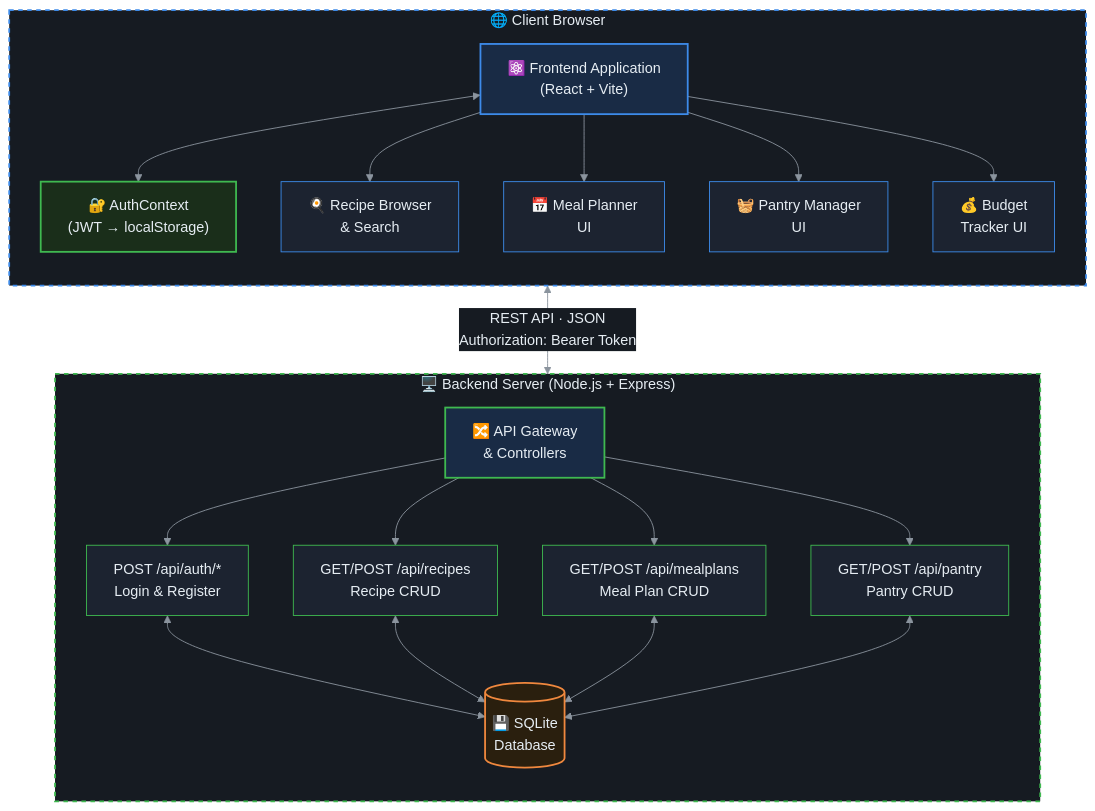
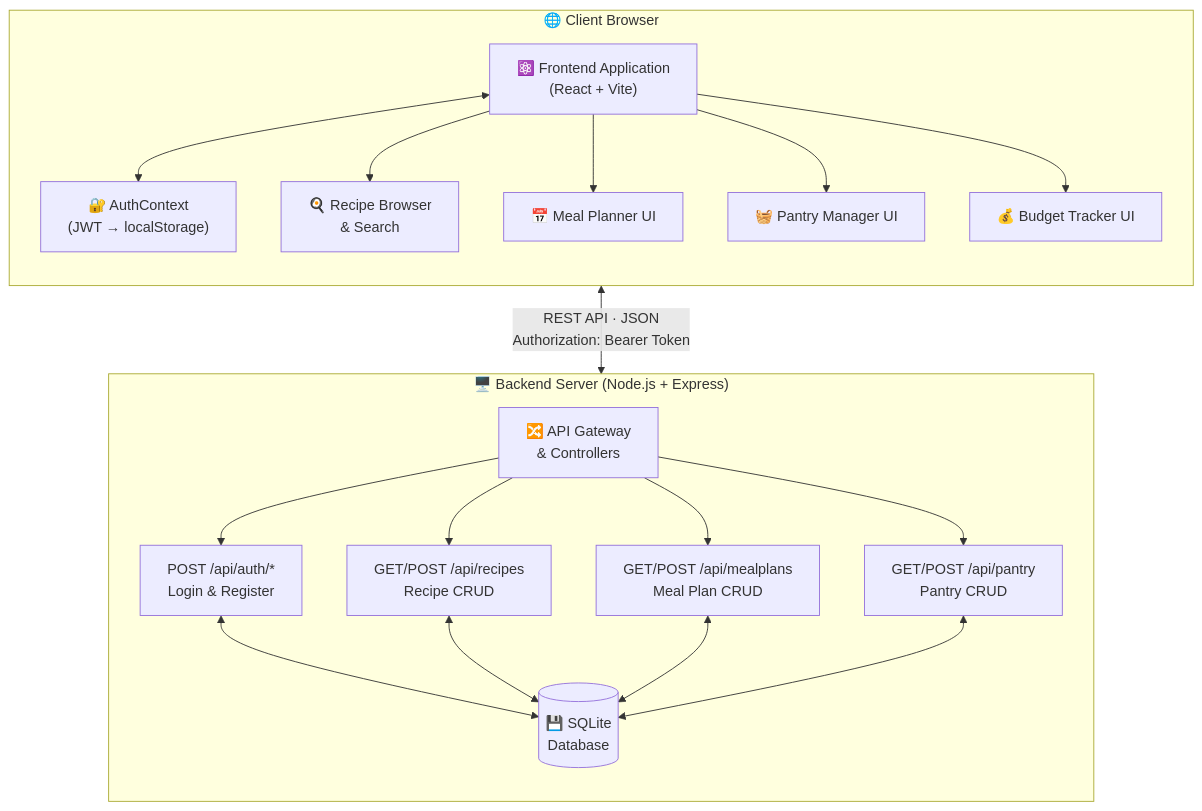
The second of 4 diagrams in docs/UML_DIAGRAMS.md (OmarIUBH/software-engineering-project), drawn with Mermaid before and after one commit. The commit also changed other lines of this file, not shown here.

Commit message:
docs: rewrite UML_DIAGRAMS.md with Mermaid diagrams and explanations

````diff
--- a/docs/UML_DIAGRAMS.md
+++ b/docs/UML_DIAGRAMS.md
@@ -480,66 +50,37 @@
-          <div class="mermaid">
-            %%{init: {
-            'theme': 'base',
-            'themeVariables': {
-            'background': '#161b22',
-            'primaryColor': '#1c2330',
-            'primaryTextColor': '#e6edf3',
-            'primaryBorderColor': '#3d8bea',
-            'lineColor': '#8b949e',
-            'secondaryColor': '#1c2330',
-            'tertiaryColor': '#192b45',
-            'edgeLabelBackground': '#161b22',
-            'fontFamily': 'Inter, sans-serif'
-            }
-            }}%%
-            graph TD
-            subgraph Browser["🌐 Client Browser"]
-            direction TB
-            FE["⚛️ Frontend Application\n(React + Vite)"]
-            Auth["🔐 AuthContext\n(JWT → localStorage)"]
-            RecipeUI["🍳 Recipe Browser\n& Search"]
-            MealPlanUI["📅 Meal Planner\nUI"]
-            PantryUI["🧺 Pantry Manager\nUI"]
-            BudgetUI["💰 Budget\nTracker UI"]
-            FE <--> Auth
-              FE --> RecipeUI
-              FE --> MealPlanUI
-              FE --> PantryUI
-              FE --> BudgetUI
-              end
+```mermaid
+graph TD
+    subgraph Browser["🌐 Client Browser"]
+        direction TB
+        FE["⚛️ Frontend Application\n(React + Vite)"]
+        Auth["🔐 AuthContext\n(JWT → localStorage)"]
+        RecipeUI["🍳 Recipe Browser\n& Search"]
+        MealPlanUI["📅 Meal Planner UI"]
+        PantryUI["🧺 Pantry Manager UI"]
+        BudgetUI["💰 Budget Tracker UI"]
+        FE <--> Auth
+        FE --> RecipeUI
+        FE --> MealPlanUI
+        FE --> PantryUI
+        FE --> BudgetUI
+    end
 
-              subgraph Server["🖥️ Backend Server (Node.js + Express)"]
-              direction TB
-              BE["🔀 API Gateway\n& Controllers"]
-              AuthAPI["POST /api/auth/*\nLogin & Register"]
-              RecipeAPI["GET/POST /api/recipes\nRecipe CRUD"]
-              MealAPI["GET/POST /api/mealplans\nMeal Plan CRUD"]
-              PantryAPI["GET/POST /api/pantry\nPantry CRUD"]
-              DB[("💾 SQLite\nDatabase")]
-              BE --> AuthAPI
-              BE --> RecipeAPI
-              BE --> MealAPI
-              BE --> PantryAPI
-              AuthAPI <--> DB
-                RecipeAPI <--> DB
-                  MealAPI <--> DB
-                    PantryAPI <--> DB
-                      end
+    subgraph Server["🖥️ Backend Server (Node.js + Express)"]
+        direction TB
+        BE["🔀 API Gateway\n& Controllers"]
+        AuthAPI["POST /api/auth/*\nLogin & Register"]
+        RecipeAPI["GET/POST /api/recipes\nRecipe CRUD"]
+        MealAPI["GET/POST /api/mealplans\nMeal Plan CRUD"]
+        PantryAPI["GET/POST /api/pantry\nPantry CRUD"]
+        DB[("💾 SQLite\nDatabase")]
+        BE --> AuthAPI
+        BE --> RecipeAPI
+        BE --> MealAPI
+        BE --> PantryAPI
+        AuthAPI <--> DB
+        RecipeAPI <--> DB
+        MealAPI <--> DB
+        PantryAPI <--> DB
+    end
 
-                      FE <-->|"REST API · JSON\nAuthorization: Bearer Token"| BE
-
-                        style Browser fill:#161b22,stroke:#3d8bea,stroke-width:2px,stroke-dasharray:5 5,color:#e6edf3
-                        style Server fill:#161b22,stroke:#3fb950,stroke-width:2px,stroke-dasharray:5 5,color:#e6edf3
-                        style FE fill:#192b45,stroke:#3d8bea,stroke-width:2px,color:#e6edf3
-                        style Auth fill:#1a2e1a,stroke:#3fb950,stroke-width:2px,color:#e6edf3
-                        style RecipeUI fill:#1c2330,stroke:#3d8bea,stroke-width:1px,color:#e6edf3
-                        style MealPlanUI fill:#1c2330,stroke:#3d8bea,stroke-width:1px,color:#e6edf3
-                        style PantryUI fill:#1c2330,stroke:#3d8bea,stroke-width:1px,color:#e6edf3
-                        style BudgetUI fill:#1c2330,stroke:#3d8bea,stroke-width:1px,color:#e6edf3
-                        style BE fill:#192b45,stroke:#3fb950,stroke-width:2px,color:#e6edf3
-                        style AuthAPI fill:#1c2330,stroke:#3fb950,stroke-width:1px,color:#e6edf3
-                        style RecipeAPI fill:#1c2330,stroke:#3fb950,stroke-width:1px,color:#e6edf3
-                        style MealAPI fill:#1c2330,stroke:#3fb950,stroke-width:1px,color:#e6edf3
-                        style PantryAPI fill:#1c2330,stroke:#3fb950,stroke-width:1px,color:#e6edf3
-                        style DB fill:#2a1f0e,stroke:#f0883e,stroke-width:2px,color:#e6edf3
-          </div>
+    FE <-->|"REST API · JSON\nAuthorization: Bearer Token"| BE
+```
````
